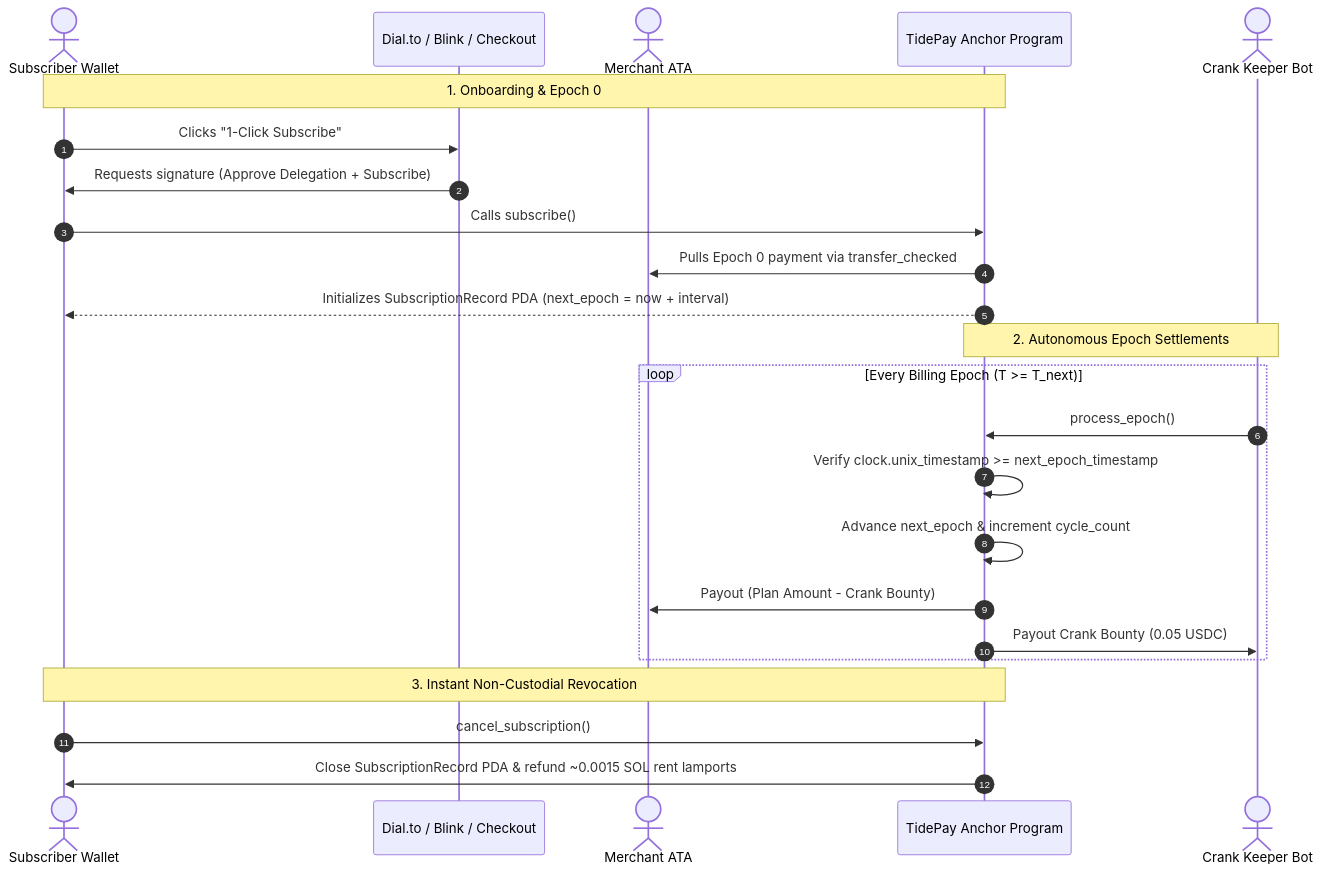
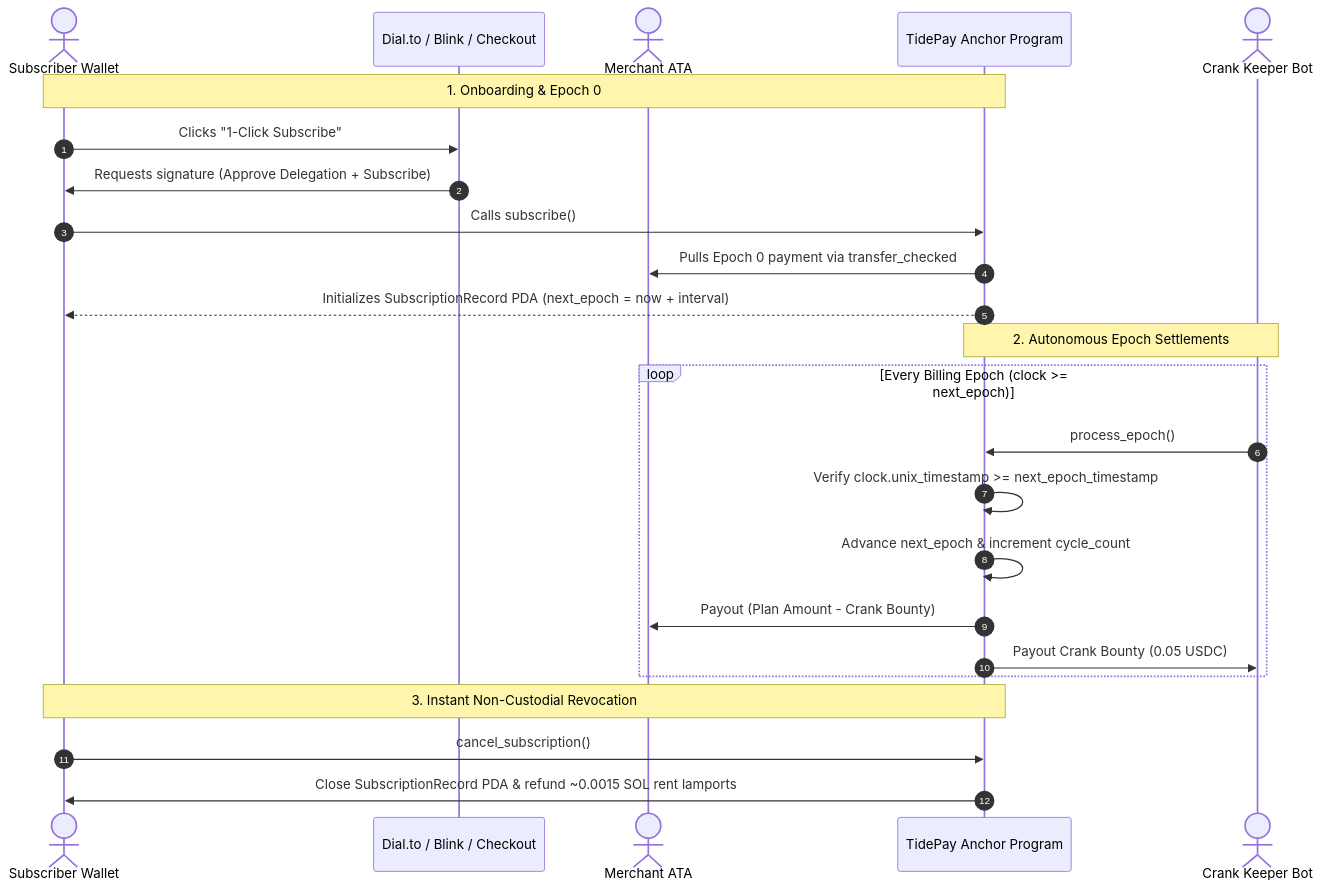
Before and after one commit to TeddyHuZz/tidepay: the diagram in README.md, drawn with Mermaid. The commit also changed other lines of this file and 5 other files, not shown here.

````diff
--- a/README.md
+++ b/README.md
@@ -40,29 +69,29 @@
 ```mermaid
 sequenceDiagram
     autonumber
     actor Customer as Subscriber Wallet
     participant Blink as Dial.to / Blink / Checkout
     actor Merchant as Merchant ATA
     participant Anchor as TidePay Anchor Program
     actor Keeper as Crank Keeper Bot
 
     Note over Customer,Anchor: 1. Onboarding & Epoch 0
     Customer->>Blink: Clicks "1-Click Subscribe"
     Blink->>Customer: Requests signature (Approve Delegation + Subscribe)
     Customer->>Anchor: Calls subscribe()
     Anchor->>Merchant: Pulls Epoch 0 payment via transfer_checked
     Anchor-->>Customer: Initializes SubscriptionRecord PDA (next_epoch = now + interval)
 
     Note over Anchor,Keeper: 2. Autonomous Epoch Settlements
-    loop Every Billing Epoch (T >= T_next)
+    loop Every Billing Epoch (clock >= next_epoch)
         Keeper->>Anchor: process_epoch()
         Anchor->>Anchor: Verify clock.unix_timestamp >= next_epoch_timestamp
         Anchor->>Anchor: Advance next_epoch & increment cycle_count
         Anchor->>Merchant: Payout (Plan Amount - Crank Bounty)
         Anchor->>Keeper: Payout Crank Bounty (0.05 USDC)
     end
 
     Note over Customer,Anchor: 3. Instant Non-Custodial Revocation
     Customer->>Anchor: cancel_subscription()
     Anchor->>Customer: Close SubscriptionRecord PDA & refund ~0.0015 SOL rent lamports
 ```
````
